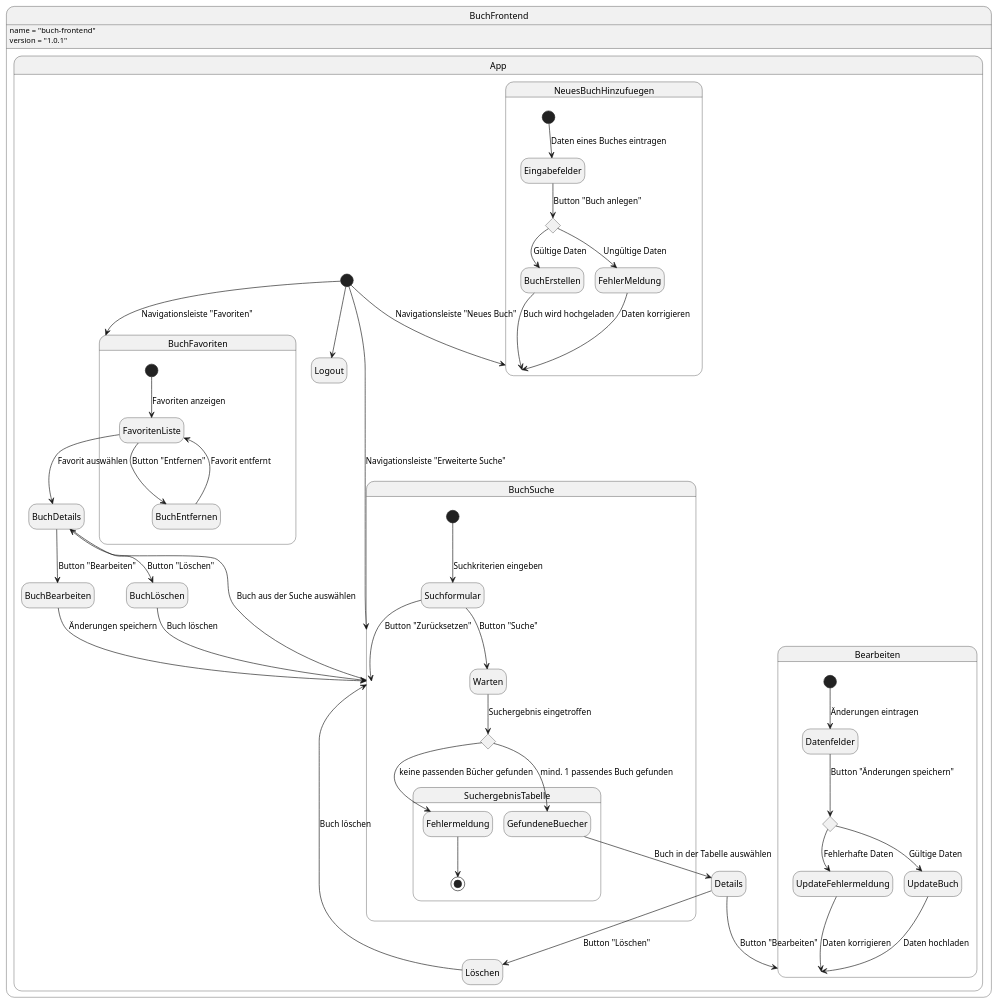
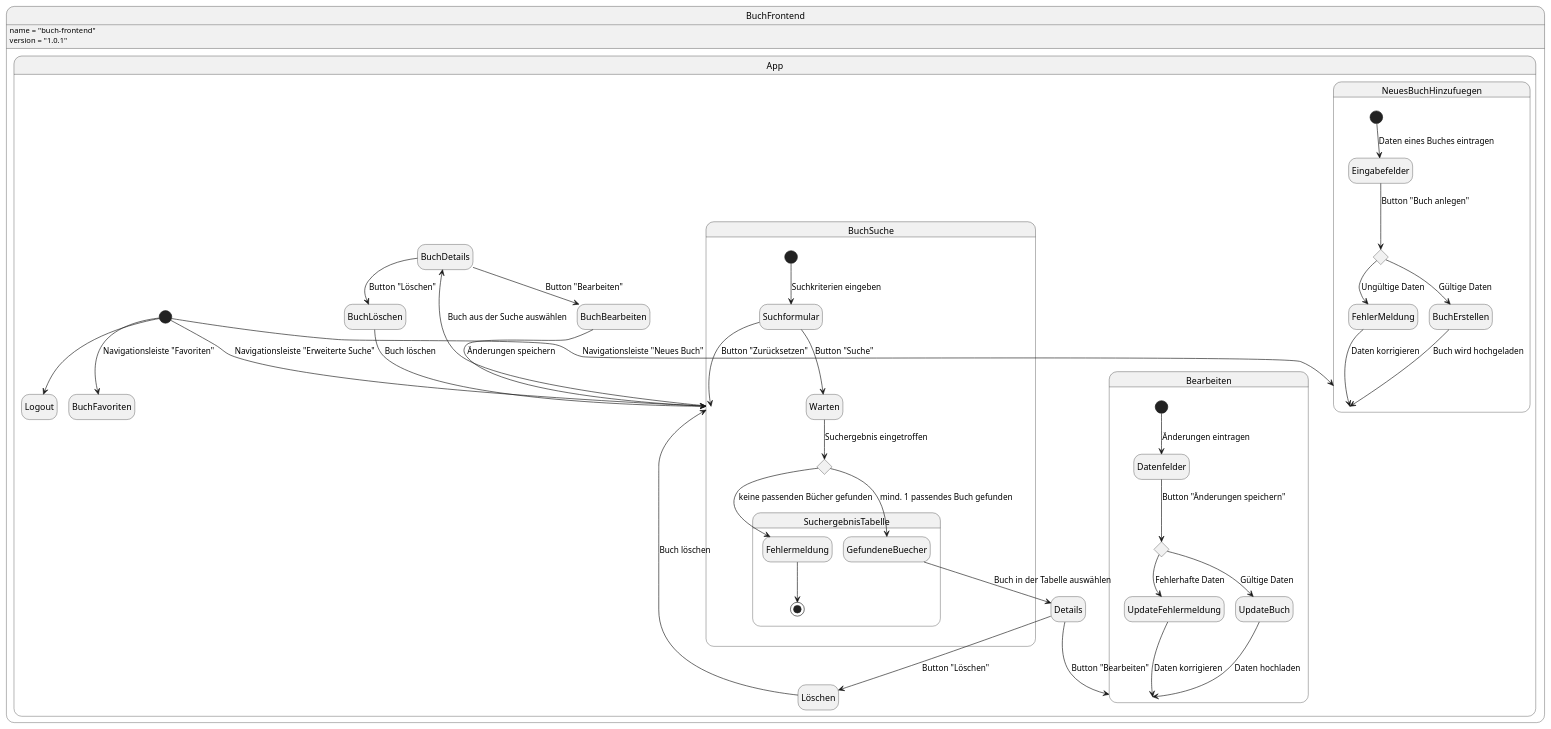
One commit to Scarrange/buch-frontend changed the diagram in .extras/doc/zustandsdiagramm.plantuml. Above: the diagram before and after it, drawn with PlantUML.

Commit message:
Zustandsdiagramm - Favoritenliste entfernt

```diff
--- a/.extras/doc/zustandsdiagramm.plantuml
+++ b/.extras/doc/zustandsdiagramm.plantuml
@@ -1,70 +1,63 @@
 @startuml Zustandsdiagramm
 ' Preview durch <Alt>d
 
 hide empty description
 state BuchFrontend {
     BuchFrontend : name = "buch-frontend"
     BuchFrontend : version = "1.0.1"
 
     state App {
         [*] --> Logout
 
         state BuchSuche {
             [*] --> Suchformular: Suchkriterien eingeben
             Suchformular --> Warten: Button "Suche"
             Suchformular --> BuchSuche: Button "Zurücksetzen"
             state SuchAuswahl <<choice>>
             Warten --> SuchAuswahl: Suchergebnis eingetroffen
 
             state SuchergebnisTabelle {
                 SuchAuswahl --> GefundeneBuecher: mind. 1 passendes Buch gefunden
                 SuchAuswahl --> Fehlermeldung: keine passenden Bücher gefunden
                 Fehlermeldung --> [*]
             }
         }
         Details --> Bearbeiten: Button "Bearbeiten"
         Details --> Löschen: Button "Löschen"
         Löschen --> BuchSuche: Buch löschen
 
         state Bearbeiten {
             [*] --> Datenfelder: Änderungen eintragen
             state UpdateAuswahl <<choice>> 
             Datenfelder --> UpdateAuswahl: Button "Änderungen speichern"
             UpdateAuswahl --> UpdateFehlermeldung: Fehlerhafte Daten
             UpdateAuswahl --> UpdateBuch: Gültige Daten
             UpdateBuch --> Bearbeiten: Daten hochladen
             UpdateFehlermeldung --> Bearbeiten: Daten korrigieren
         }
 
         [*] --> BuchSuche: Navigationsleiste "Erweiterte Suche"
         GefundeneBuecher --> Details: Buch in der Tabelle auswählen
 
         [*] --> NeuesBuchHinzufuegen: Navigationsleiste "Neues Buch"
         
         state NeuesBuchHinzufuegen {
             [*] --> Eingabefelder: Daten eines Buches eintragen
             state HinzufuegenAuswahl <<choice>>
             Eingabefelder --> HinzufuegenAuswahl: Button "Buch anlegen"
             HinzufuegenAuswahl --> BuchErstellen: Gültige Daten
             HinzufuegenAuswahl --> FehlerMeldung: Ungültige Daten
             BuchErstellen --> NeuesBuchHinzufuegen: Buch wird hochgeladen
             FehlerMeldung --> NeuesBuchHinzufuegen: Daten korrigieren
         }
 
         BuchSuche --> BuchDetails: Buch aus der Suche auswählen
         BuchDetails --> BuchBearbeiten: Button "Bearbeiten"
         BuchDetails --> BuchLöschen: Button "Löschen"
         BuchLöschen --> BuchSuche: Buch löschen
         BuchBearbeiten --> BuchSuche: Änderungen speichern
 
         [*] --> BuchFavoriten: Navigationsleiste "Favoriten"
-        
-        state BuchFavoriten {
-            [*] --> FavoritenListe: Favoriten anzeigen
-            FavoritenListe --> BuchDetails: Favorit auswählen
-            FavoritenListe --> BuchEntfernen: Button "Entfernen"
-            BuchEntfernen --> FavoritenListe: Favorit entfernt
-        }
     }
 }
 @enduml
```
